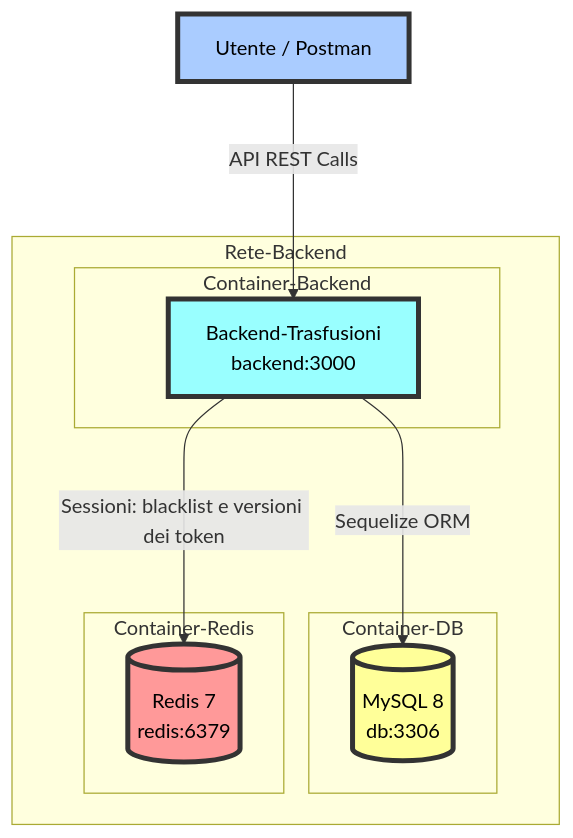
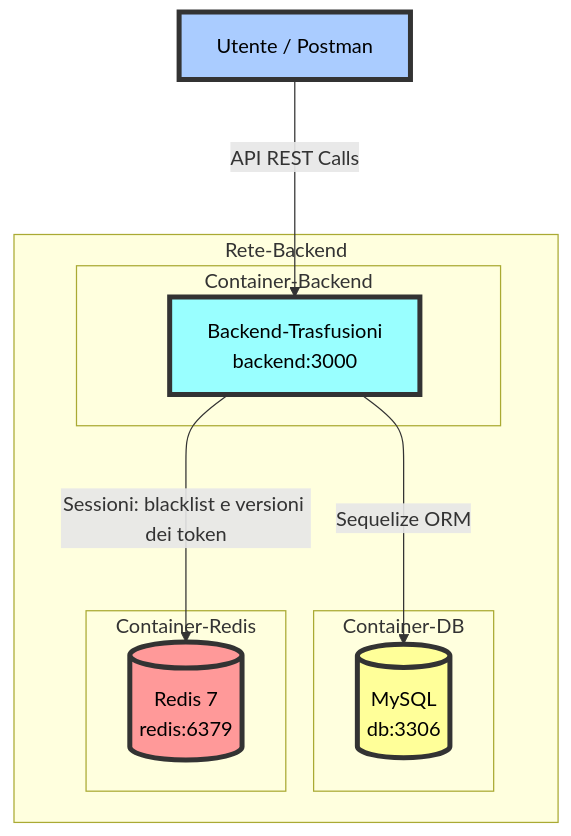
The first of 6 diagrams in README.md (antoniodam03/ProgettoProgrammazioneAvanzata), drawn with Mermaid before and after one commit. The commit also changed other lines of this file and 3 other files, not shown here.

````diff
--- a/README.md
+++ b/README.md
@@ -61,26 +61,26 @@
 ```mermaid
 graph TD;
     user[Utente / Postman]
 
     subgraph Rete-Backend
         subgraph Container-Backend
             backend[Backend-Trasfusioni<br>backend:3000]
         end
         subgraph Container-DB
-            db[(MySQL 8<br>db:3306)]
+            db[(MySQL<br>db:3306)]
         end
         subgraph Container-Redis
             redis[(Redis 7<br>redis:6379)]
         end
     end
 
     %% Usando frecce più lunghe (--->) il testo non si accavalla
     user ---> |API REST Calls| backend
     backend ---> |Sequelize ORM| db
     backend ---> |Sessioni: blacklist e versioni dei token| redis
 
     style backend fill:#9ff,stroke:#333,stroke-width:4px,color:#000
     style db fill:#ff9,stroke:#333,stroke-width:4px,color:#000
     style redis fill:#f99,stroke:#333,stroke-width:4px,color:#000
     style user fill:#acf,stroke:#333,stroke-width:4px,color:#000
 ```
````
